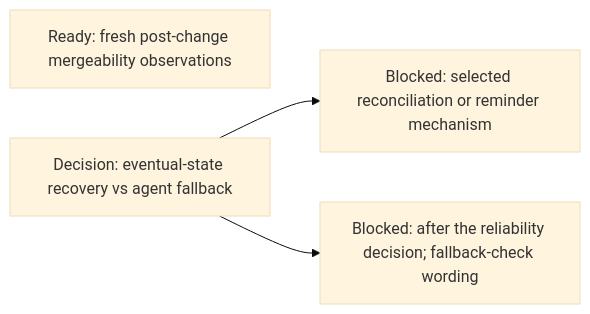
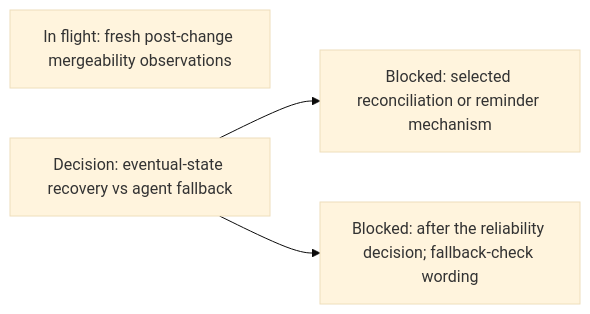
One commit to agentydragon-agent/ducktape changed the fifth of 20 diagrams in agentplane/plans/task_dag.md. Above: the diagram before and after it, drawn with Mermaid (base theme). The commit also changed other lines of this file and 15 other files, not shown here.

````diff
--- a/agentplane/plans/task_dag.md
+++ b/agentplane/plans/task_dag.md
@@ -243,9 +243,9 @@
 ```mermaid
 flowchart LR
-    GITHUB_MERGEABILITY_FRESHNESS[Ready: fresh post-change mergeability observations]
+    GITHUB_MERGEABILITY_FRESHNESS[In flight: fresh post-change mergeability observations]
     GITHUB_NOTICE_RELIABILITY_DESIGN[Decision: eventual-state recovery vs agent fallback]
     GITHUB_NOTIFICATION_RECOVERY[Blocked: selected reconciliation or reminder mechanism]
     GITHUB_SHEPHERD_GUIDANCE[Blocked: after the reliability decision; fallback-check wording]
     GITHUB_NOTICE_RELIABILITY_DESIGN --> GITHUB_NOTIFICATION_RECOVERY
     GITHUB_NOTICE_RELIABILITY_DESIGN --> GITHUB_SHEPHERD_GUIDANCE
 ```
````
